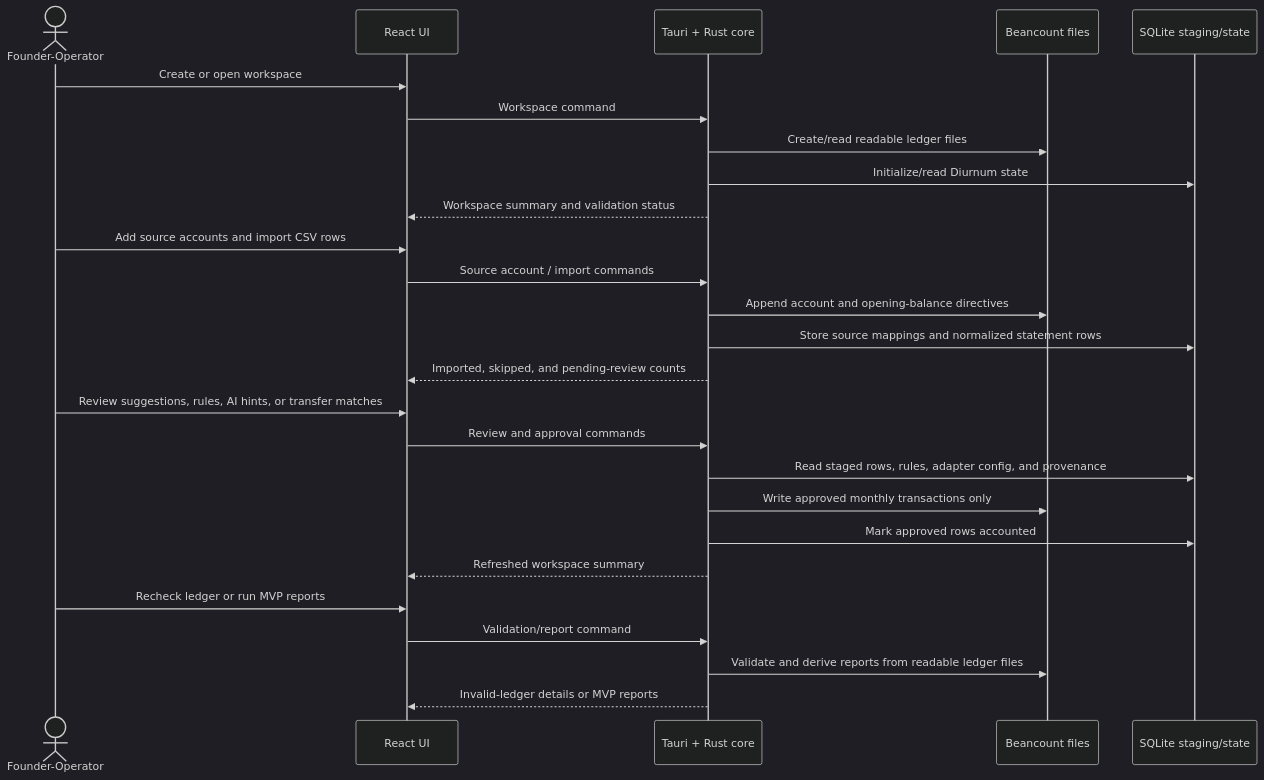
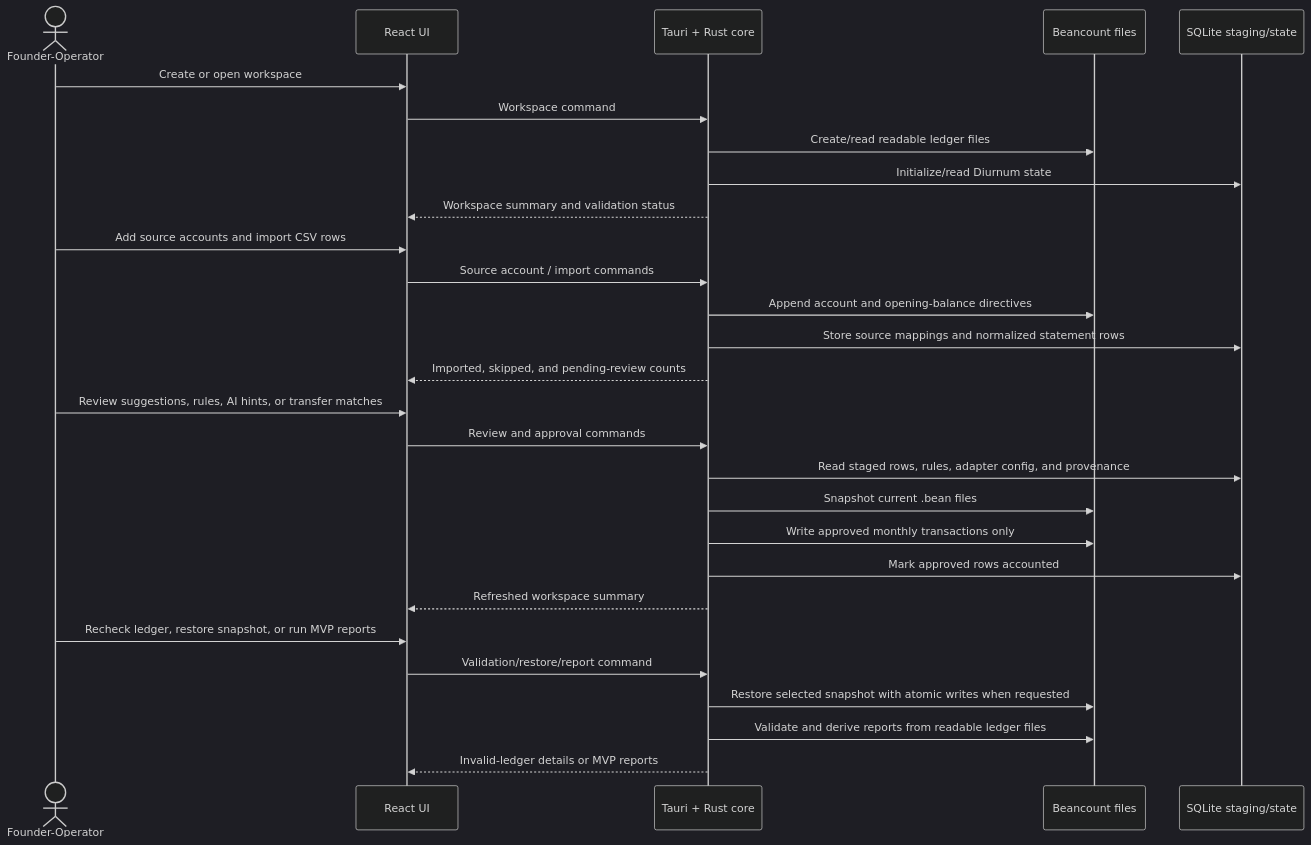
Before and after one commit to Diurnum-Dev/Diurnum: the second of 4 diagrams in docs/architecture.md, drawn with Mermaid (dark theme). The commit also changed other lines of this file and 16 other files, not shown here.

````diff
--- a/docs/architecture.md
+++ b/docs/architecture.md
@@ -41,32 +43,34 @@
 ```mermaid
 sequenceDiagram
   actor User as Founder-Operator
   participant UI as React UI
   participant Core as Tauri + Rust core
   participant Ledger as Beancount files
   participant State as SQLite staging/state
 
   User->>UI: Create or open workspace
   UI->>Core: Workspace command
   Core->>Ledger: Create/read readable ledger files
   Core->>State: Initialize/read Diurnum state
   Core-->>UI: Workspace summary and validation status
 
   User->>UI: Add source accounts and import CSV rows
   UI->>Core: Source account / import commands
   Core->>Ledger: Append account and opening-balance directives
   Core->>State: Store source mappings and normalized statement rows
   Core-->>UI: Imported, skipped, and pending-review counts
 
   User->>UI: Review suggestions, rules, AI hints, or transfer matches
   UI->>Core: Review and approval commands
   Core->>State: Read staged rows, rules, adapter config, and provenance
+  Core->>Ledger: Snapshot current .bean files
   Core->>Ledger: Write approved monthly transactions only
   Core->>State: Mark approved rows accounted
   Core-->>UI: Refreshed workspace summary
 
-  User->>UI: Recheck ledger or run MVP reports
-  UI->>Core: Validation/report command
+  User->>UI: Recheck ledger, restore snapshot, or run MVP reports
+  UI->>Core: Validation/restore/report command
+  Core->>Ledger: Restore selected snapshot with atomic writes when requested
   Core->>Ledger: Validate and derive reports from readable ledger files
   Core-->>UI: Invalid-ledger details or MVP reports
 ```
````
